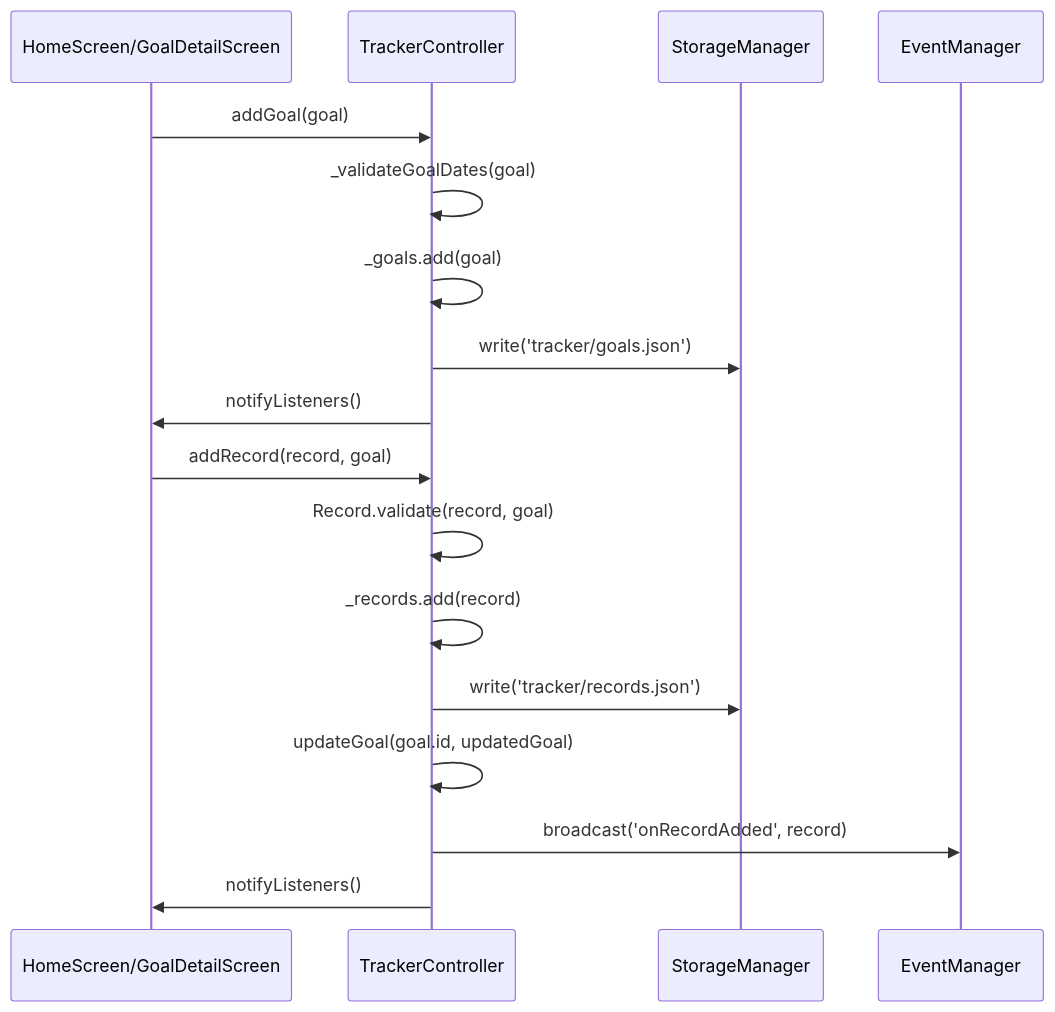
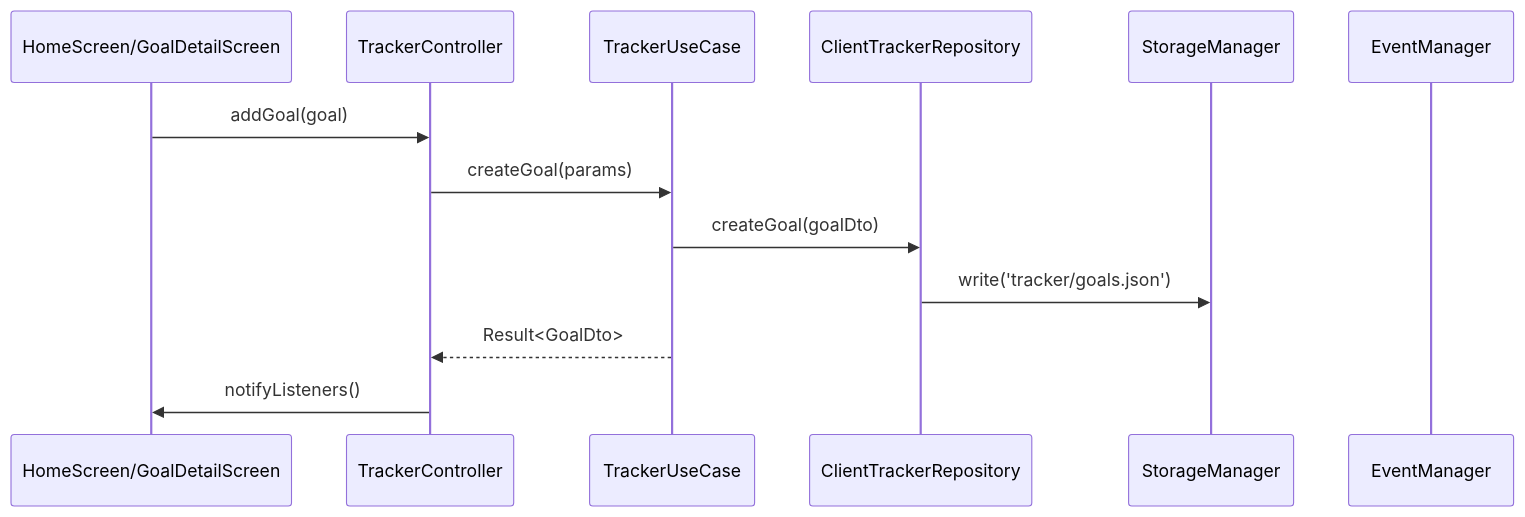
The first of 3 diagrams in lib/plugins/tracker/CLAUDE.md (hunmer/Memento), drawn with Mermaid before and after one commit. The commit also changed other lines of this file and 20 other files, not shown here.

````diff
--- a/lib/plugins/tracker/CLAUDE.md
+++ b/lib/plugins/tracker/CLAUDE.md
@@ -802,21 +969,16 @@
 ```mermaid
 sequenceDiagram
     participant UI as HomeScreen/GoalDetailScreen
     participant Controller as TrackerController
+    participant UseCase as TrackerUseCase
+    participant Repo as ClientTrackerRepository
     participant Storage as StorageManager
     participant Event as EventManager
 
     UI->>Controller: addGoal(goal)
-    Controller->>Controller: _validateGoalDates(goal)
-    Controller->>Controller: _goals.add(goal)
-    Controller->>Storage: write('tracker/goals.json')
-    Controller->>UI: notifyListeners()
-
-    UI->>Controller: addRecord(record, goal)
-    Controller->>Controller: Record.validate(record, goal)
-    Controller->>Controller: _records.add(record)
-    Controller->>Storage: write('tracker/records.json')
-    Controller->>Controller: updateGoal(goal.id, updatedGoal)
-    Controller->>Event: broadcast('onRecordAdded', record)
+    Controller->>UseCase: createGoal(params)
+    UseCase->>Repo: createGoal(goalDto)
+    Repo->>Storage: write('tracker/goals.json')
+    UseCase-->>Controller: Result<GoalDto>
     Controller->>UI: notifyListeners()
 ```
````
